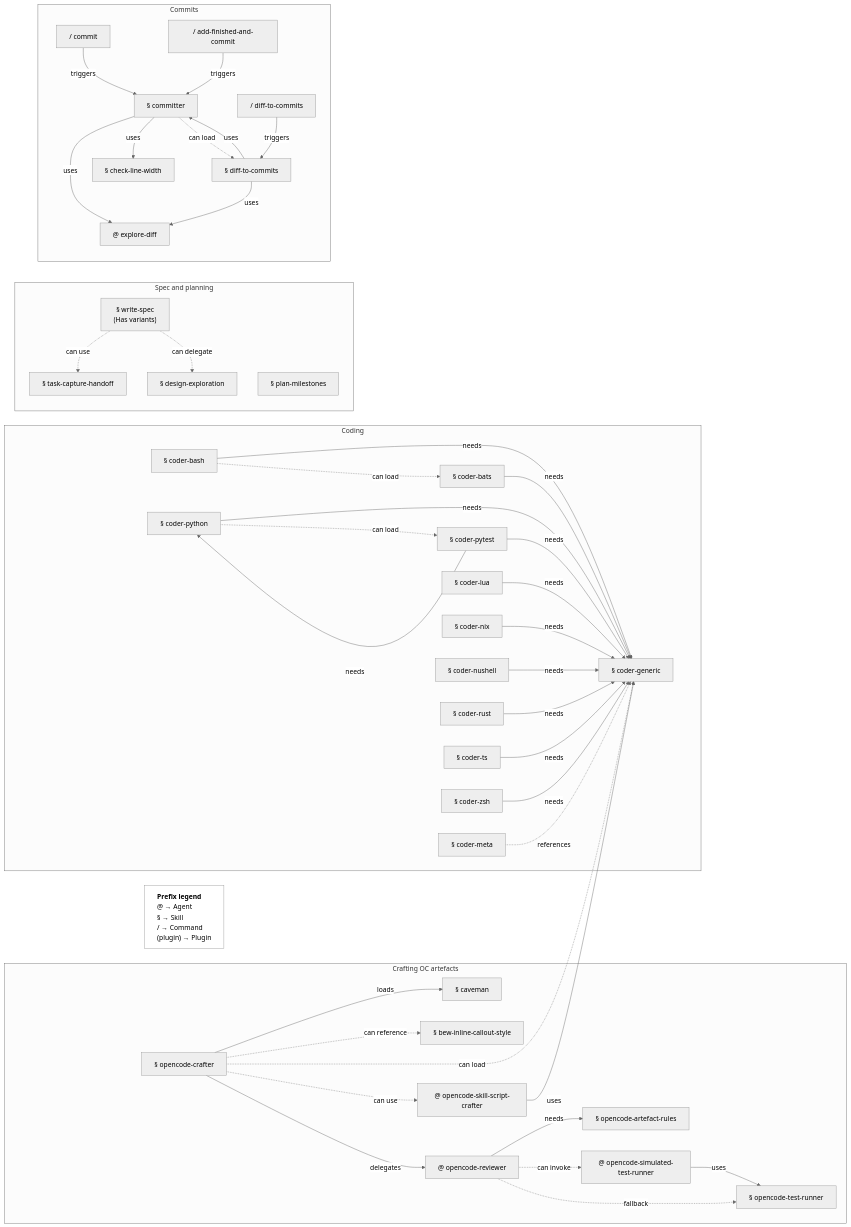
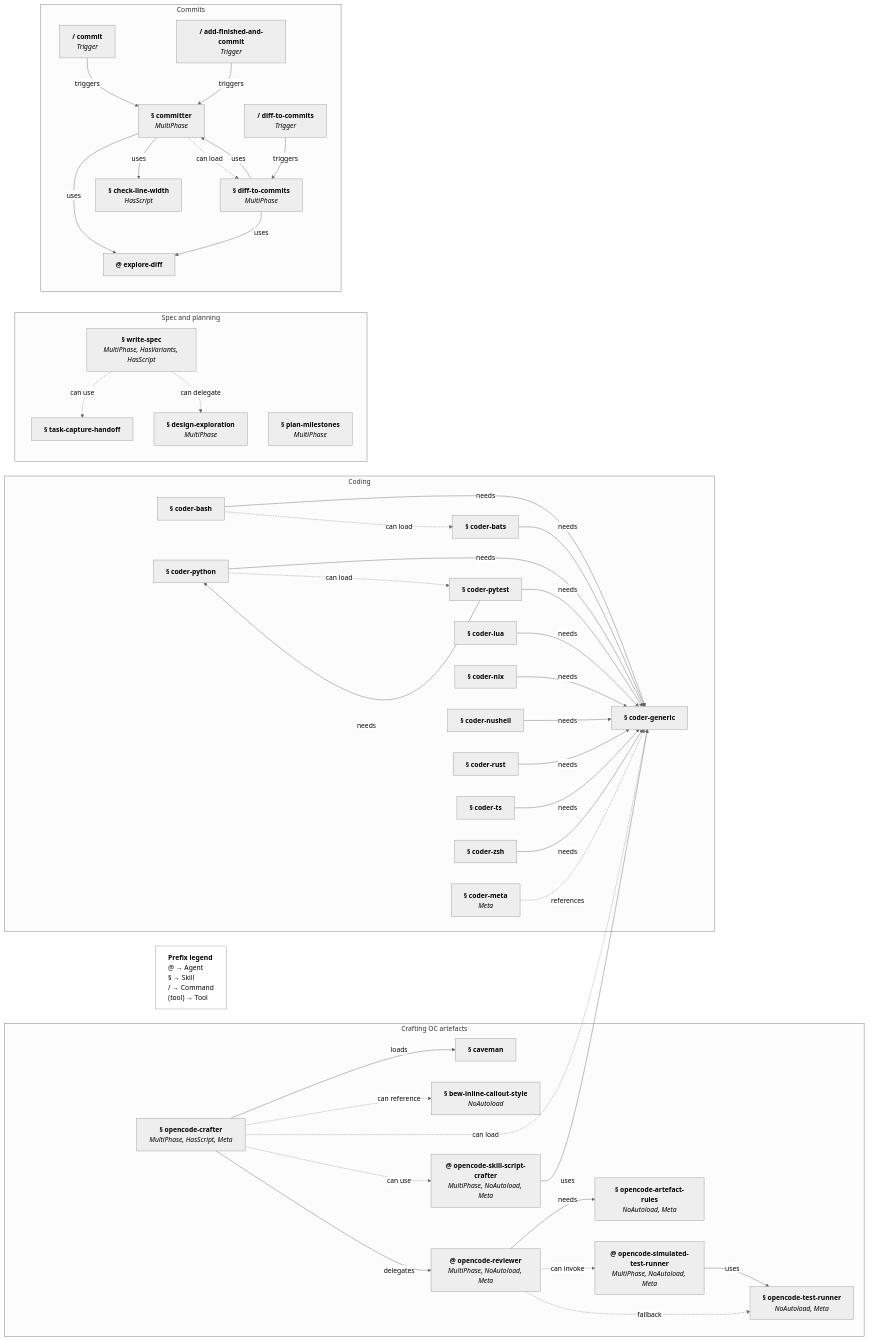
One commit to bew/dotfiles changed the first of 2 diagrams in opencode/MY_AI_STUFF.md. Above: the diagram before and after it, drawn with Mermaid (neutral theme). The commit also changed other lines of this file and 1 other file, not shown here.

First line of the commit message:
oc(docs): Introduce artefact tags in the catalogue

````diff
--- a/opencode/MY_AI_STUFF.md
+++ b/opencode/MY_AI_STUFF.md
@@ -20,19 +30,19 @@
 ```mermaid
 flowchart LR
   %% Referenced by the craft/spec subgraphs but not members of them.
-  sk_cav["§ caveman"]
-  sk_bew_callout["§ bew-inline-callout-style"]
-  sk_task_capture["§ task-capture-handoff"]
-  legend["<b>Prefix legend</b><br/>@ → Agent<br/>§ → Skill<br/>/ → Command<br/>(plugin) → Plugin"]
+  sk_cav["<b>§ caveman</b>"]
+  sk_bew_callout["<b>§ bew-inline-callout-style</b><br/><i>NoAutoload</i>"]
+  sk_task_capture["<b>§ task-capture-handoff</b>"]
+  legend["<b>Prefix legend</b><br/>@ → Agent<br/>§ → Skill<br/>/ → Command<br/>(tool) → Tool"]
   style legend text-align:left,fill:none
 
   subgraph craft[Crafting OC artefacts]
-    sk_crafter["§ opencode-crafter"]
-    ag_reviewer["@ opencode-reviewer"]
-    ag_script_crafter["@ opencode-skill-script-crafter"]
-    sk_artefact_rules["§ opencode-artefact-rules"]
-    sk_test_runner["§ opencode-test-runner"]
-    ag_sim_test_runner["@ opencode-simulated-test-runner"]
+    sk_crafter["<b>§ opencode-crafter</b><br/><i>MultiPhase, HasScript, Meta</i>"]
+    ag_reviewer["<b>@ opencode-reviewer</b><br/><i>MultiPhase, NoAutoload, Meta</i>"]
+    ag_script_crafter["<b>@ opencode-skill-script-crafter</b><br/><i>MultiPhase, NoAutoload, Meta</i>"]
+    sk_artefact_rules["<b>§ opencode-artefact-rules</b><br/><i>NoAutoload, Meta</i>"]
+    sk_test_runner["<b>§ opencode-test-runner</b><br/><i>NoAutoload, Meta</i>"]
+    ag_sim_test_runner["<b>@ opencode-simulated-test-runner</b><br/><i>MultiPhase, NoAutoload, Meta</i>"]
     sk_crafter -->|delegates| ag_reviewer
     sk_crafter -. can use .-> ag_script_crafter
     sk_crafter -->|loads| sk_cav
@@ -44,18 +54,18 @@
   end
 
   subgraph code[Coding]
-    sk_coder_generic["§ coder-generic"]
-    sk_coder_bash["§ coder-bash"]
-    sk_coder_bats["§ coder-bats"]
-    sk_coder_python["§ coder-python"]
-    sk_coder_pytest["§ coder-pytest"]
-    sk_coder_lua["§ coder-lua"]
-    sk_coder_nix["§ coder-nix"]
-    sk_coder_nushell["§ coder-nushell"]
-    sk_coder_rust["§ coder-rust"]
-    sk_coder_ts["§ coder-ts"]
-    sk_coder_zsh["§ coder-zsh"]
-    sk_coder_meta["§ coder-meta"]
+    sk_coder_generic["<b>§ coder-generic</b>"]
+    sk_coder_bash["<b>§ coder-bash</b>"]
+    sk_coder_bats["<b>§ coder-bats</b>"]
+    sk_coder_python["<b>§ coder-python</b>"]
+    sk_coder_pytest["<b>§ coder-pytest</b>"]
+    sk_coder_lua["<b>§ coder-lua</b>"]
+    sk_coder_nix["<b>§ coder-nix</b>"]
+    sk_coder_nushell["<b>§ coder-nushell</b>"]
+    sk_coder_rust["<b>§ coder-rust</b>"]
+    sk_coder_ts["<b>§ coder-ts</b>"]
+    sk_coder_zsh["<b>§ coder-zsh</b>"]
+    sk_coder_meta["<b>§ coder-meta</b><br/><i>Meta</i>"]
     sk_coder_bash -->|needs| sk_coder_generic
     sk_coder_bash -. can load .-> sk_coder_bats
     sk_coder_bats -->|needs| sk_coder_generic
@@ -75,21 +85,21 @@
   end
 
   subgraph spec[Spec and planning]
-    sk_write_spec["§ write-spec<br/>(Has variants)"]
-    sk_design_explore["§ design-exploration"]
-    sk_plan_milestones["§ plan-milestones"]
+    sk_write_spec["<b>§ write-spec</b><br/><i>MultiPhase, HasVariants, HasScript</i>"]
+    sk_design_explore["<b>§ design-exploration</b><br/><i>MultiPhase</i>"]
+    sk_plan_milestones["<b>§ plan-milestones</b><br/><i>MultiPhase</i>"]
     sk_write_spec -. can delegate .-> sk_design_explore
     sk_write_spec -. can use .-> sk_task_capture
   end
 
   subgraph commit[Commits]
-    sk_committer["§ committer"]
-    sk_diff2commits["§ diff-to-commits"]
-    ag_explore_diff["@ explore-diff"]
-    sk_check_width["§ check-line-width"]
-    cmd_commit["/ commit"]
-    cmd_add_commit["/ add-finished-and-commit"]
-    cmd_diff2commits["/ diff-to-commits"]
+    sk_committer["<b>§ committer</b><br/><i>MultiPhase</i>"]
+    sk_diff2commits["<b>§ diff-to-commits</b><br/><i>MultiPhase</i>"]
+    ag_explore_diff["<b>@ explore-diff</b>"]
+    sk_check_width["<b>§ check-line-width</b><br/><i>HasScript</i>"]
+    cmd_commit["<b>/ commit</b><br/><i>Trigger</i>"]
+    cmd_add_commit["<b>/ add-finished-and-commit</b><br/><i>Trigger</i>"]
+    cmd_diff2commits["<b>/ diff-to-commits</b><br/><i>Trigger</i>"]
     sk_committer -->|uses| ag_explore_diff
     sk_committer -->|uses| sk_check_width
     sk_committer -. can load .-> sk_diff2commits
````
